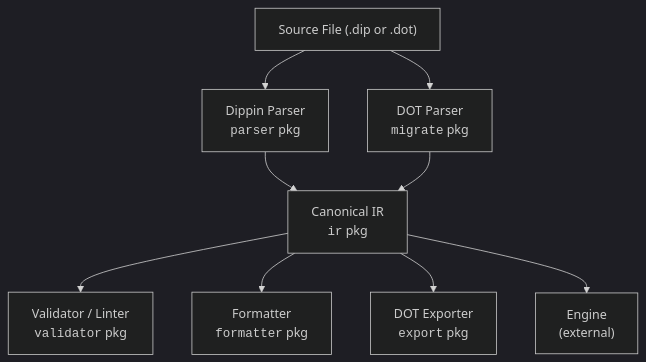
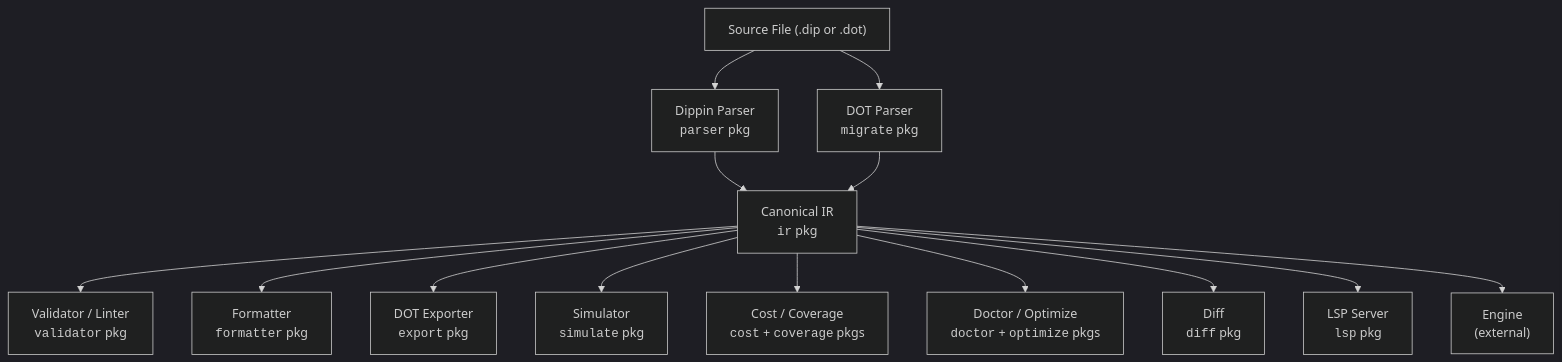
The first of 3 diagrams in docs/architecture.md (michellepellon/dippin-lang), drawn with Mermaid (dark theme) before and after one commit. The commit also changed other lines of this file and 9 other files, not shown here.

````diff
--- a/docs/architecture.md
+++ b/docs/architecture.md
@@ -11,12 +11,17 @@
 ```mermaid
 graph TD
     SRC["Source File (.dip or .dot)"]
-    SRC --> DIP_PARSER["Dippin Parser<br/><code>parser</code> pkg"]
-    SRC --> DOT_PARSER["DOT Parser<br/><code>migrate</code> pkg"]
-    DIP_PARSER --> IR["Canonical IR<br/><code>ir</code> pkg"]
+    SRC --> DIP_PARSER["Dippin Parser<br><code>parser</code> pkg"]
+    SRC --> DOT_PARSER["DOT Parser<br><code>migrate</code> pkg"]
+    DIP_PARSER --> IR["Canonical IR<br><code>ir</code> pkg"]
     DOT_PARSER --> IR
-    IR --> VAL["Validator / Linter<br/><code>validator</code> pkg"]
-    IR --> FMT["Formatter<br/><code>formatter</code> pkg"]
-    IR --> EXP["DOT Exporter<br/><code>export</code> pkg"]
-    IR --> ENG["Engine<br/>(external)"]
+    IR --> VAL["Validator / Linter<br><code>validator</code> pkg"]
+    IR --> FMT["Formatter<br><code>formatter</code> pkg"]
+    IR --> EXP["DOT Exporter<br><code>export</code> pkg"]
+    IR --> SIM["Simulator<br><code>simulate</code> pkg"]
+    IR --> COST["Cost / Coverage<br><code>cost</code> + <code>coverage</code> pkgs"]
+    IR --> DOC["Doctor / Optimize<br><code>doctor</code> + <code>optimize</code> pkgs"]
+    IR --> DIFF["Diff<br><code>diff</code> pkg"]
+    IR --> LSP["LSP Server<br><code>lsp</code> pkg"]
+    IR --> ENG["Engine<br>(external)"]
 ```
````
